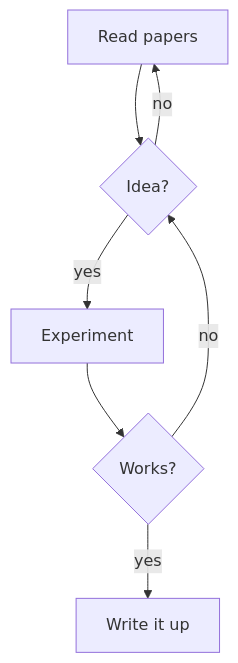
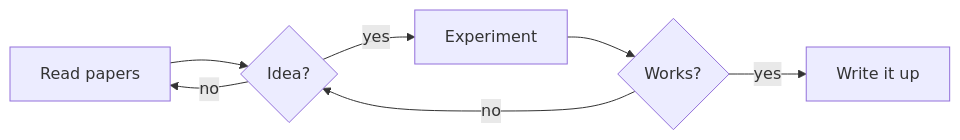
The second of 2 diagrams in index.qmd (rcap107/tooling-talk), drawn with Mermaid before and after one commit. The commit also changed other lines of this file, not shown here.

````diff
--- a/index.qmd
+++ b/index.qmd
@@ -517,10 +518,10 @@
 ```{mermaid}
 %%| fig-height: 3.5
-flowchart TD
+flowchart LR
     A[Read papers] --> B{Idea?}
     B -->|no| A
     B -->|yes| C[Experiment]
     C --> D{Works?}
     D -->|no| B
     D -->|yes| E[Write it up]
 ```
````
